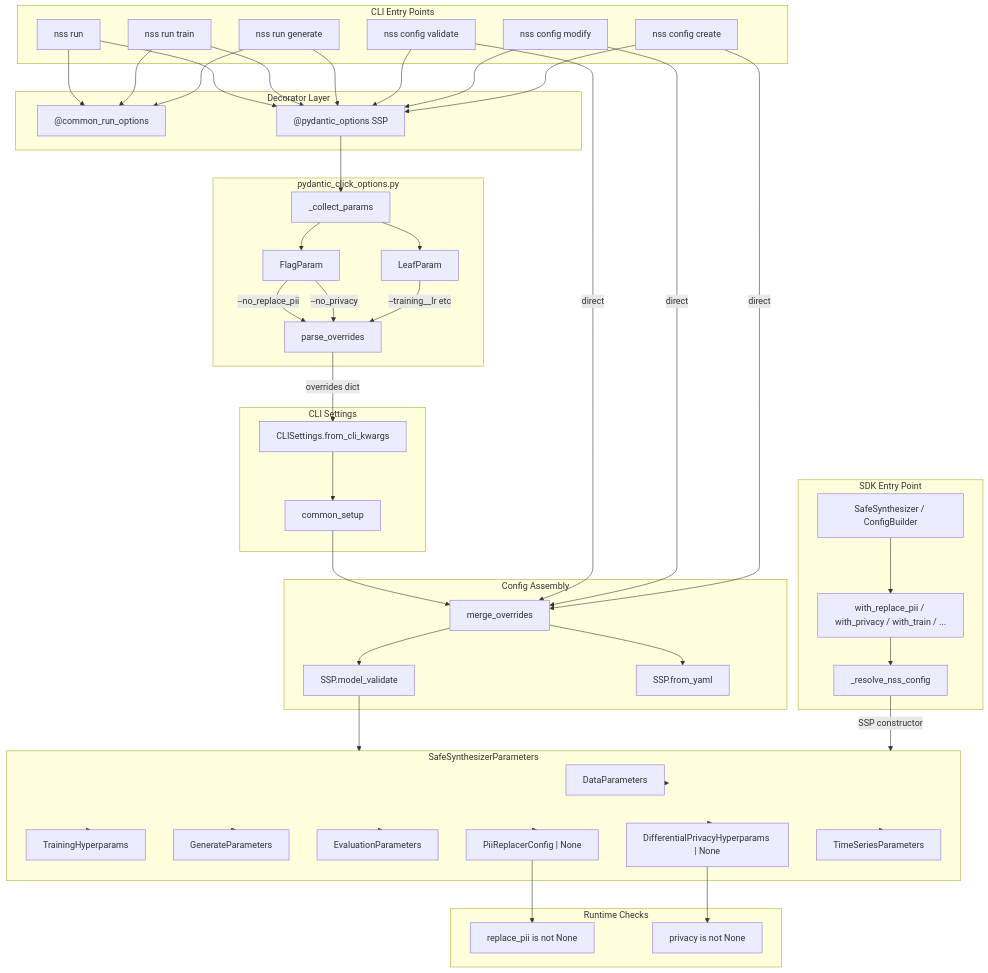
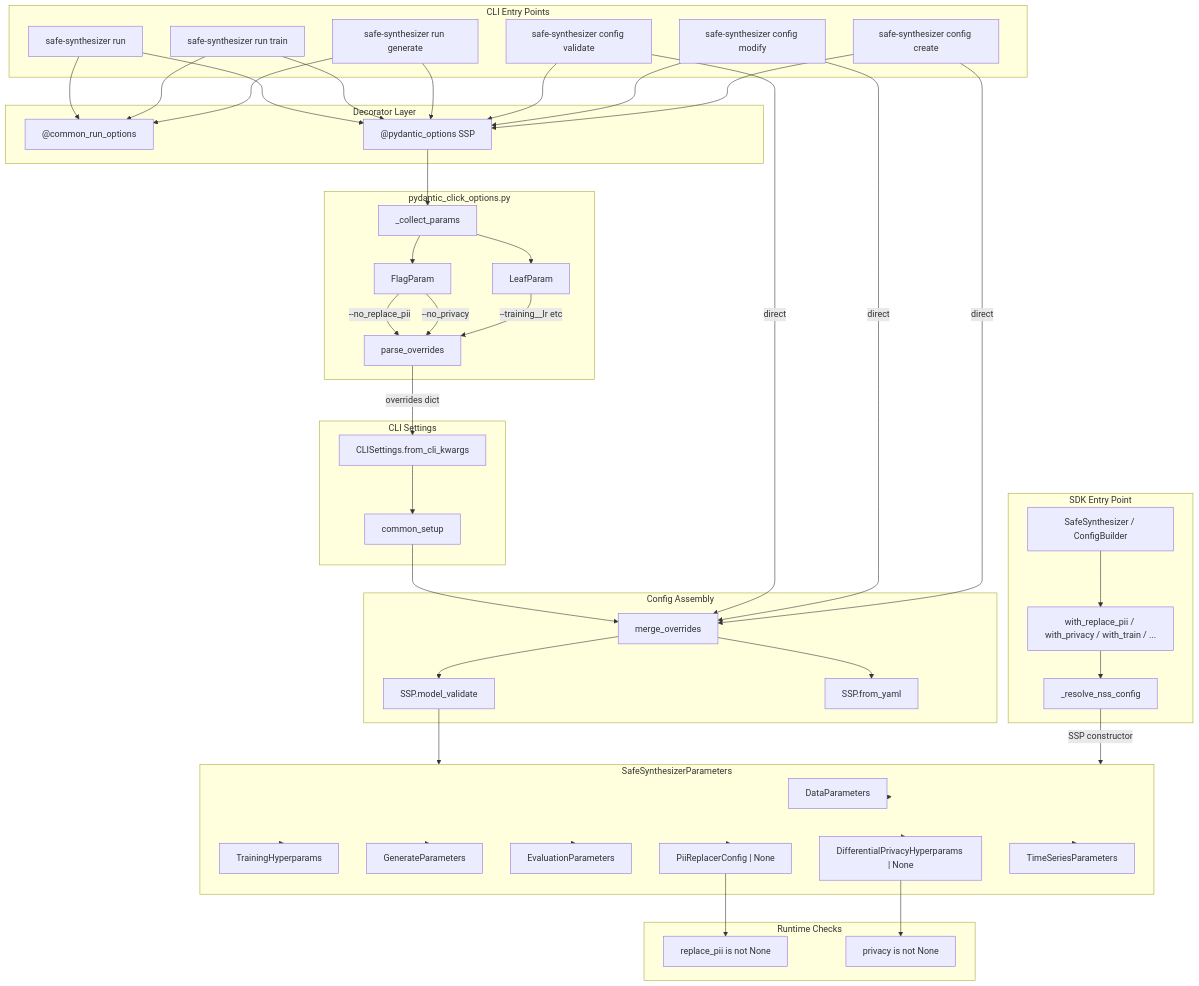
Before and after one commit to NVIDIA-NeMo/Safe-Synthesizer: the second of 4 diagrams in docs/developer-guide/architecture.md, drawn with Mermaid. The commit also changed 2 other files, not shown here.

Commit message:
fix: mermaid diagram

````diff
--- a/docs/developer-guide/architecture.md
+++ b/docs/developer-guide/architecture.md
@@ -147,12 +147,12 @@
 ```mermaid
 flowchart TB
     subgraph cli [CLI Entry Points]
-        run_cmd["nss run"]
-        train_cmd["nss run train"]
-        gen_cmd["nss run generate"]
-        val_cmd["nss config validate"]
-        mod_cmd["nss config modify"]
-        create_cmd["nss config create"]
+        run_cmd["safe-synthesizer run"]
+        train_cmd["safe-synthesizer run train"]
+        gen_cmd["safe-synthesizer run generate"]
+        val_cmd["safe-synthesizer config validate"]
+        mod_cmd["safe-synthesizer config modify"]
+        create_cmd["safe-synthesizer config create"]
     end
 
     subgraph decorators [Decorator Layer]
````
